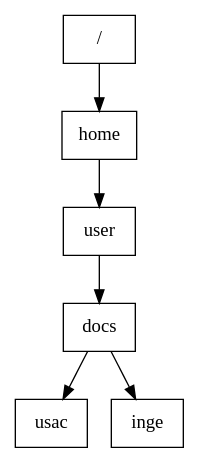
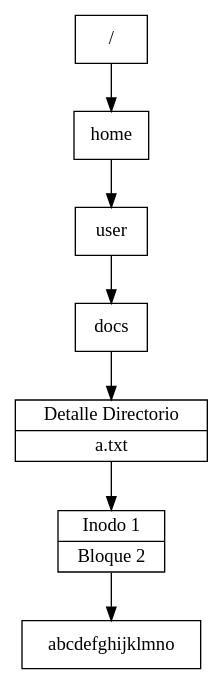
The diagram in reporte.dot (XiomRB/MIA_PY1), drawn with Graphviz before and after one commit. The commit also changed 10 other files, not shown here.

```diff
--- a/reporte.dot
+++ b/reporte.dot
@@ -1,14 +1,15 @@
 digraph g{
-node [shape = box];
-0 [label = "/"]
-0 -> 1
-1 [label = "home"]
-1 -> 2
-2 [label = "user"]
-2 -> 3
-3 [label = "docs"]
-3 -> 4
-3 -> 5
-4 [label = "usac"]
-5 [label = "inge"]
+carpeta0 [shape = box label = "/"];
+carpeta0 -> carpeta1;
+carpeta1 [shape = box label = "home"];
+carpeta1 -> carpeta2;
+carpeta2 [shape = box label = "user"];
+carpeta2 -> carpeta3;
+carpeta3 [shape = box label = "docs"];
+detalle1 [shape = record label= "{Detalle Directorio|<inodo1>a.txt}"];
+carpeta3 -> detalle1;
+detalle1 -> inodo1:ind1;
+inodo1 [shape = record label = "{<ind1>Inodo 1 | <inbb2>Bloque 2}"];
+bb2 [ shape = box label = "abcdefghijklmno"];
+inodo1:inbb2 -> bb2;
 }
```
